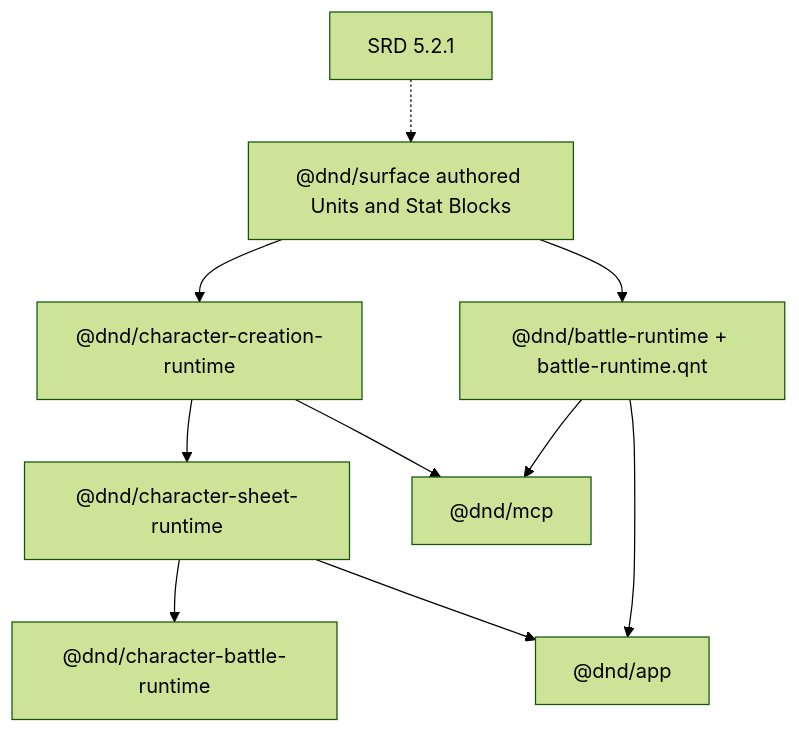
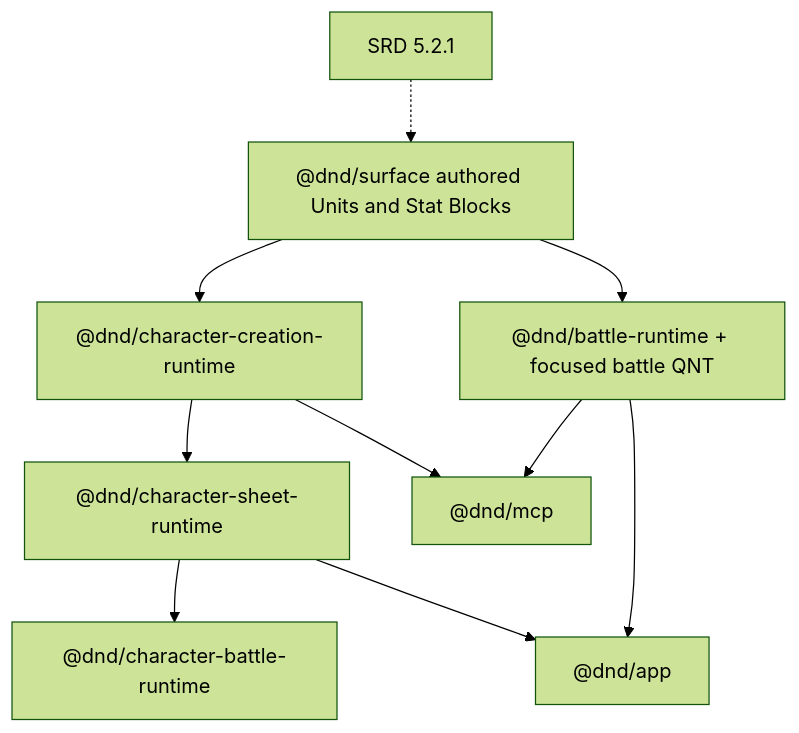
One commit to dearlordylord/5e-quint changed the diagram in README.md. Above: the diagram before and after it, drawn with Mermaid (forest theme). The commit also changed other lines of this file and 86 other files, not shown here.

Commit message:
Retire battle runtime QNT shell

````diff
--- a/README.md
+++ b/README.md
@@ -10,12 +10,12 @@
 ```mermaid
 graph TD
     SRD["SRD 5.2.1"] -.-> SURFACE["@dnd/surface authored Units and Stat Blocks"]
     SURFACE --> CCR["@dnd/character-creation-runtime"]
-    SURFACE --> BR["@dnd/battle-runtime + battle-runtime.qnt"]
+    SURFACE --> BR["@dnd/battle-runtime + focused battle QNT"]
     CCR --> CSR["@dnd/character-sheet-runtime"]
     CSR --> CBR["@dnd/character-battle-runtime"]
     BR --> MCP["@dnd/mcp"]
     CCR --> MCP
     CSR --> APP["@dnd/app"]
     BR --> APP
 ```
````
